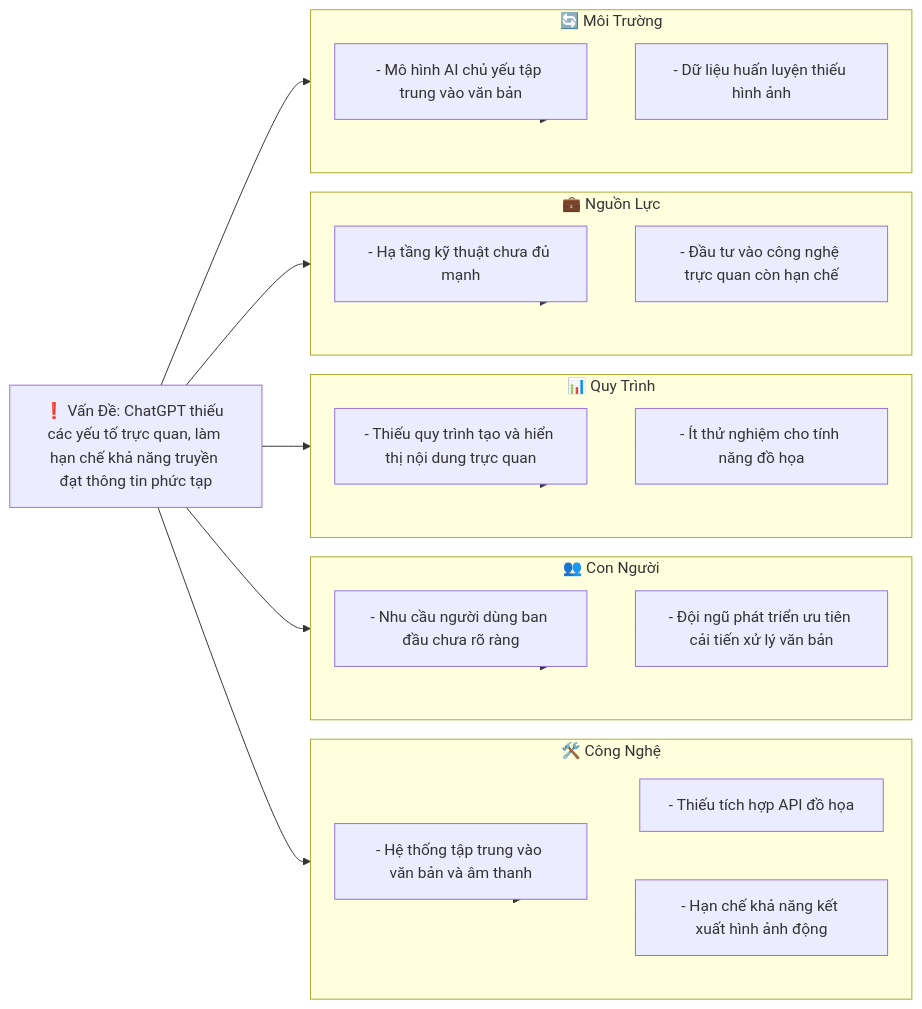
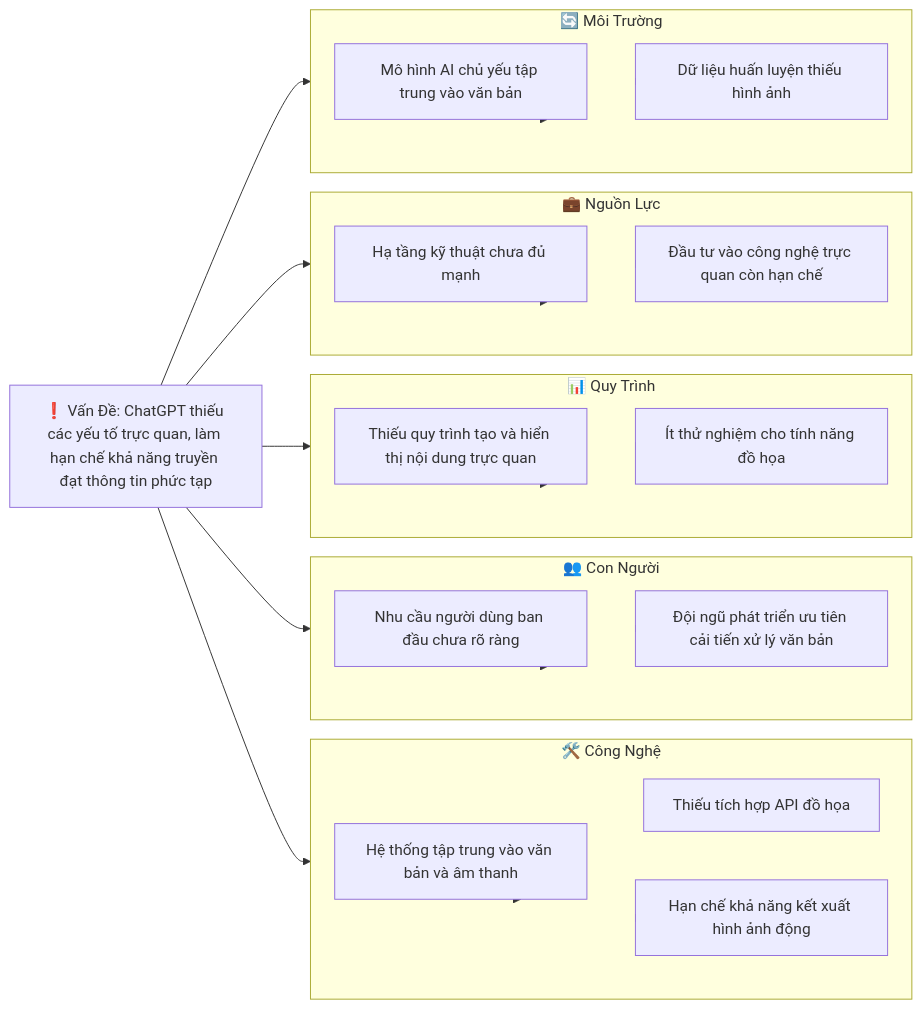
The diagram in docs/designsprintkit/phases/01-Understand/02-Understand-the-Problem/02-Problem-Framing/02-RCA/Ishikawa-Diagram.mmd (qtvhao/quickcurl), drawn with Mermaid before and after one commit. The commit also changed 9 other files, not shown here.

Commit message:
Enhance visual clarity in Five Whys and Ishikawa diagrams with emojis and improved formatting

```diff
--- a/docs/designsprintkit/phases/01-Understand/02-Understand-the-Problem/02-Problem-Framing/02-RCA/Ishikawa-Diagram.mmd
+++ b/docs/designsprintkit/phases/01-Understand/02-Understand-the-Problem/02-Problem-Framing/02-RCA/Ishikawa-Diagram.mmd
@@ -1,50 +1,50 @@
 flowchart LR
     Problem["❗ Vấn Đề: ChatGPT thiếu các yếu tố trực quan, làm hạn chế khả năng truyền đạt thông tin phức tạp"]
 
     subgraph Technology["🛠️ Công Nghệ"]
-        T1["- Hệ thống tập trung vào văn bản và âm thanh"]
-        T2["- Thiếu tích hợp API đồ họa"]
-        T3["- Hạn chế khả năng kết xuất hình ảnh động"]
+        T1["Hệ thống tập trung vào văn bản và âm thanh"]
+        T2["Thiếu tích hợp API đồ họa"]
+        T3["Hạn chế khả năng kết xuất hình ảnh động"]
     end
 
     subgraph People["👥 Con Người"]
-        P1["- Nhu cầu người dùng ban đầu chưa rõ ràng"]
-        P2["- Đội ngũ phát triển ưu tiên cải tiến xử lý văn bản"]
+        P1["Nhu cầu người dùng ban đầu chưa rõ ràng"]
+        P2["Đội ngũ phát triển ưu tiên cải tiến xử lý văn bản"]
     end
 
     subgraph Process["📊 Quy Trình"]
-        PR1["- Thiếu quy trình tạo và hiển thị nội dung trực quan"]
-        PR2["- Ít thử nghiệm cho tính năng đồ họa"]
+        PR1["Thiếu quy trình tạo và hiển thị nội dung trực quan"]
+        PR2["Ít thử nghiệm cho tính năng đồ họa"]
     end
 
     subgraph Resources["💼 Nguồn Lực"]
-        R1["- Hạ tầng kỹ thuật chưa đủ mạnh"]
-        R2["- Đầu tư vào công nghệ trực quan còn hạn chế"]
+        R1["Hạ tầng kỹ thuật chưa đủ mạnh"]
+        R2["Đầu tư vào công nghệ trực quan còn hạn chế"]
     end
 
     subgraph Environment["🔄 Môi Trường"]
-        E1["- Mô hình AI chủ yếu tập trung vào văn bản"]
-        E2["- Dữ liệu huấn luyện thiếu hình ảnh"]
+        E1["Mô hình AI chủ yếu tập trung vào văn bản"]
+        E2["Dữ liệu huấn luyện thiếu hình ảnh"]
     end
 
     Problem --> Technology
     Problem --> People
     Problem --> Process
     Problem --> Resources
     Problem --> Environment
 
     Technology --> T1
     Technology --> T2
     Technology --> T3
 
     People --> P1
     People --> P2
 
     Process --> PR1
     Process --> PR2
 
     Resources --> R1
     Resources --> R2
 
     Environment --> E1
     Environment --> E2
```
